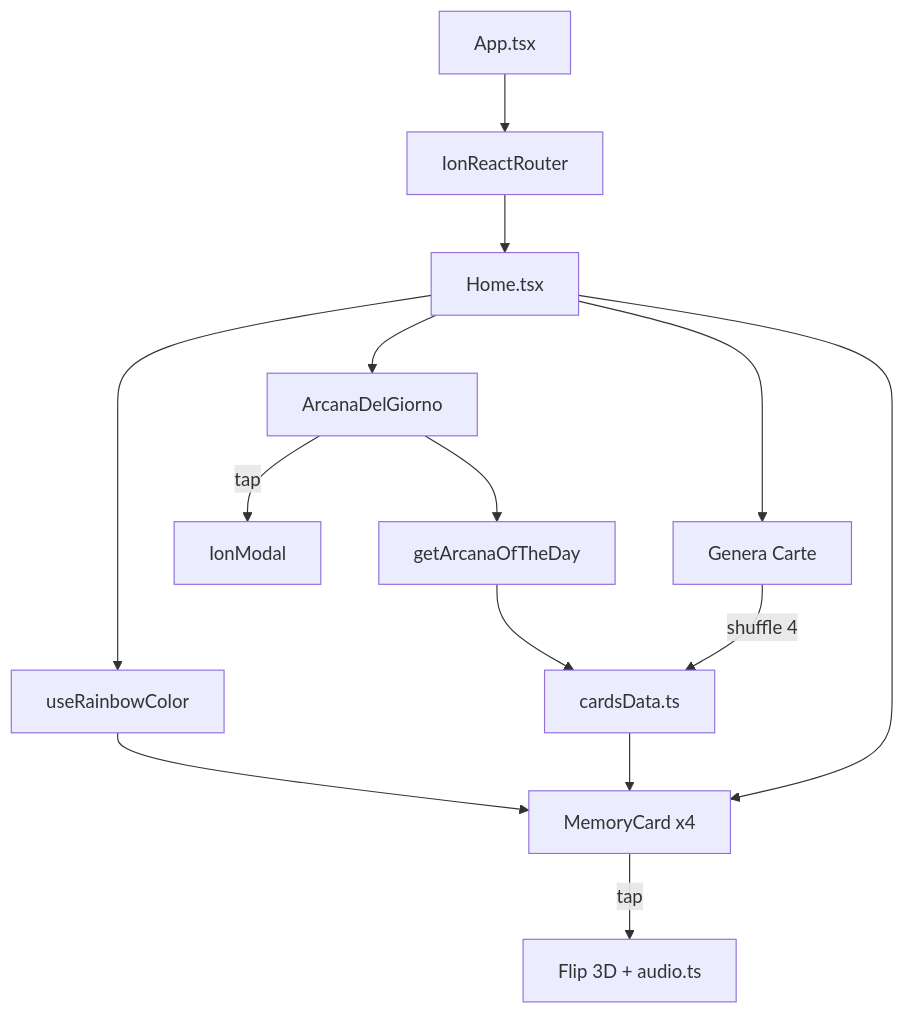
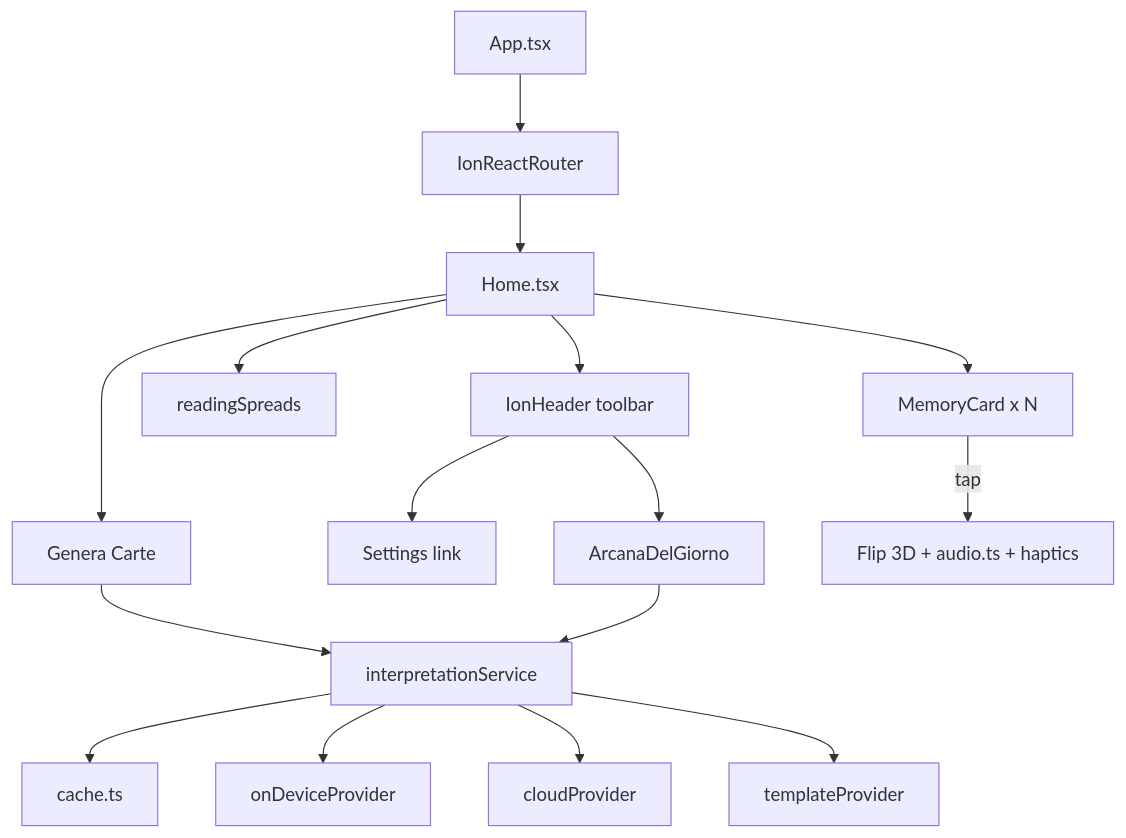
Before and after one commit to Enrico2399/Tarocchi: the diagram in tarocchi-ionic/docs/ARCHITECTURE.md, drawn with Mermaid. The commit also changed other lines of this file and 33 other files, not shown here.

First line of the commit message:
Tarocchi Pro: toolbar, pipeline AI-first, spread multipli (GSD fasi 1-4)

````diff
--- a/tarocchi-ionic/docs/ARCHITECTURE.md
+++ b/tarocchi-ionic/docs/ARCHITECTURE.md
@@ -5,17 +5,18 @@
 ```mermaid
 flowchart TD
   App[App.tsx] --> Router[IonReactRouter]
   Router --> Home[Home.tsx]
-  Home --> Arcana[ArcanaDelGiorno]
-  Home --> Cards[MemoryCard x4]
+  Home --> Header[IonHeader toolbar]
+  Header --> Arcana[ArcanaDelGiorno]
+  Header --> Settings[Settings link]
+  Home --> Spread[readingSpreads]
   Home --> GenBtn[Genera Carte]
-
-  GenBtn -->|shuffle 4| CardsData[cardsData.ts]
-  CardsData --> Cards
-  Cards -->|tap| Flip[Flip 3D + audio.ts]
-  Arcana -->|tap| Modal[IonModal]
-  Arcana --> ArcanaUtils[getArcanaOfTheDay]
-  ArcanaUtils --> CardsData
-  Home --> Rainbow[useRainbowColor]
-  Rainbow --> Cards
+  GenBtn --> Interpret[interpretationService]
+  Interpret --> Cache[cache.ts]
+  Interpret --> OnDevice[onDeviceProvider]
+  Interpret --> Cloud[cloudProvider]
+  Interpret --> Template[templateProvider]
+  Home --> Cards[MemoryCard x N]
+  Cards -->|tap| Flip[Flip 3D + audio.ts + haptics]
+  Arcana --> Interpret
 ```
````
